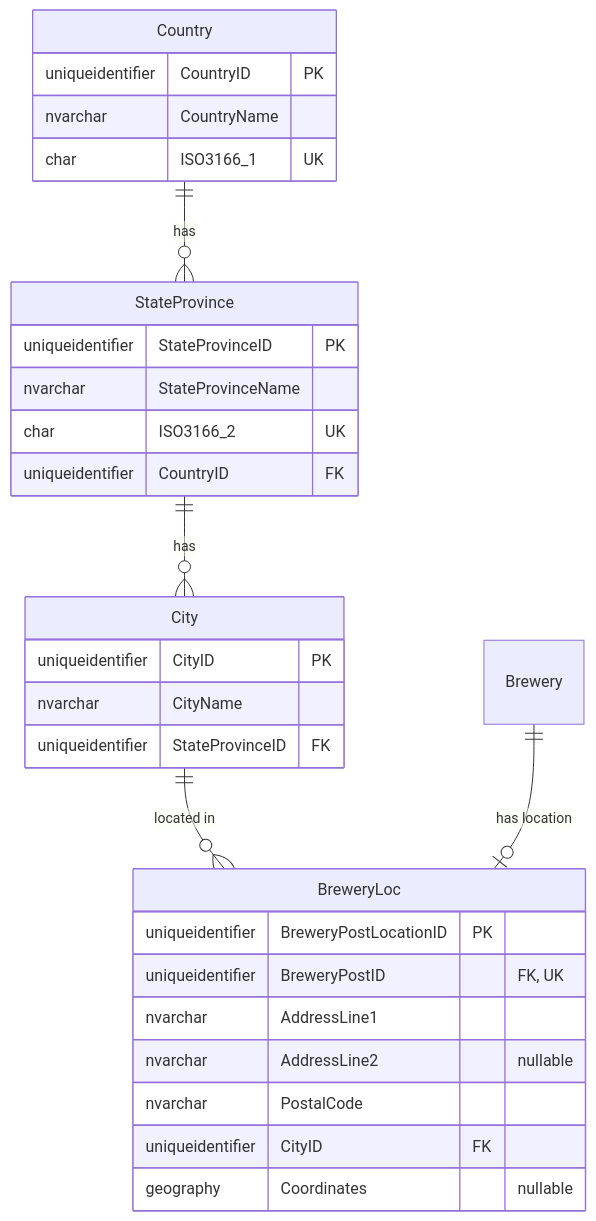
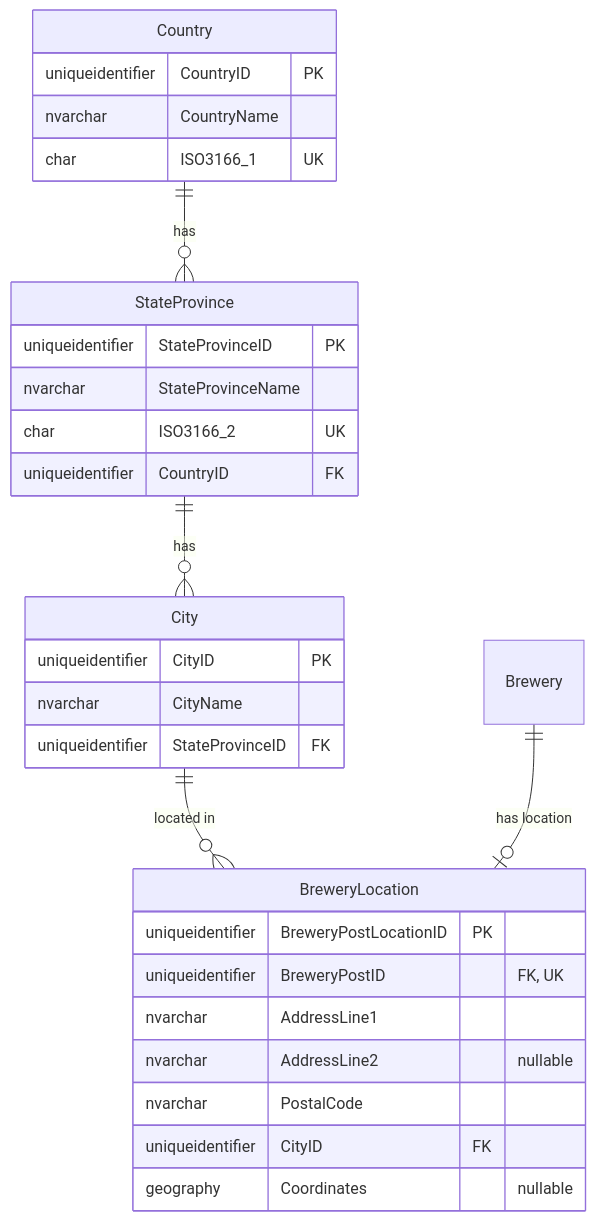
The diagram in docs/web/diagrams/database-schema/location.mmd (aaronpo97/the-biergarten-app), drawn with Mermaid before and after one commit. The commit also changed 10 other files, not shown here.

Commit message:
chore/update layouts in diagrams (#273)

```diff
--- a/docs/web/diagrams/database-schema/location.mmd
+++ b/docs/web/diagrams/database-schema/location.mmd
@@ -1,36 +1,36 @@
 erDiagram
     Country ||--o{ StateProvince : "has"
     StateProvince ||--o{ City : "has"
-    City ||--o{ BreweryLoc : "located in"
+    City ||--o{ BreweryLocation : "located in"
 
     %% Cross-schema: defined in full in brewery.mmd
-    Brewery ||--o| BreweryLoc : "has location"
+    Brewery ||--o| BreweryLocation : "has location"
 
     Country {
         uniqueidentifier CountryID PK
         nvarchar CountryName
         char ISO3166_1 UK
     }
 
     StateProvince {
         uniqueidentifier StateProvinceID PK
         nvarchar StateProvinceName
         char ISO3166_2 UK
         uniqueidentifier CountryID FK
     }
 
     City {
         uniqueidentifier CityID PK
         nvarchar CityName
         uniqueidentifier StateProvinceID FK
     }
 
-    BreweryLoc {
+    BreweryLocation {
         uniqueidentifier BreweryPostLocationID PK
         uniqueidentifier BreweryPostID "FK, UK"
         nvarchar AddressLine1
         nvarchar AddressLine2 "nullable"
         nvarchar PostalCode
         uniqueidentifier CityID FK
         geography Coordinates "nullable"
     }
```
